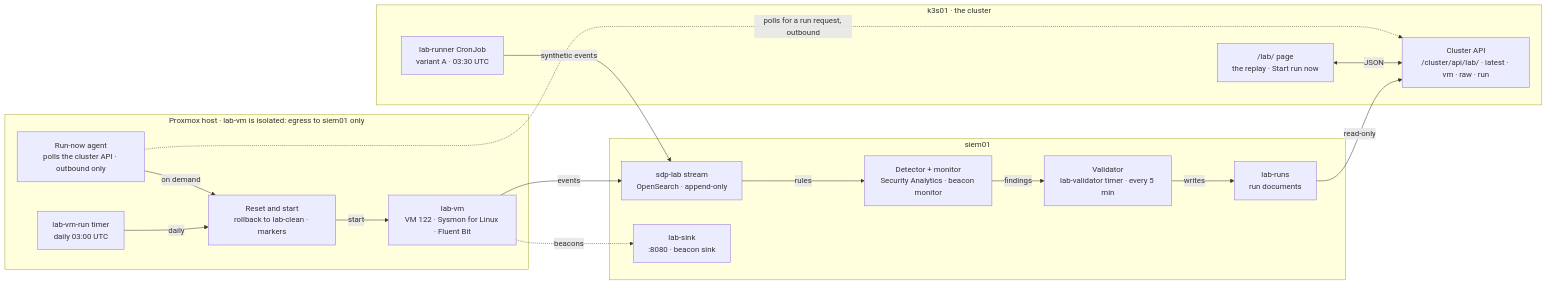
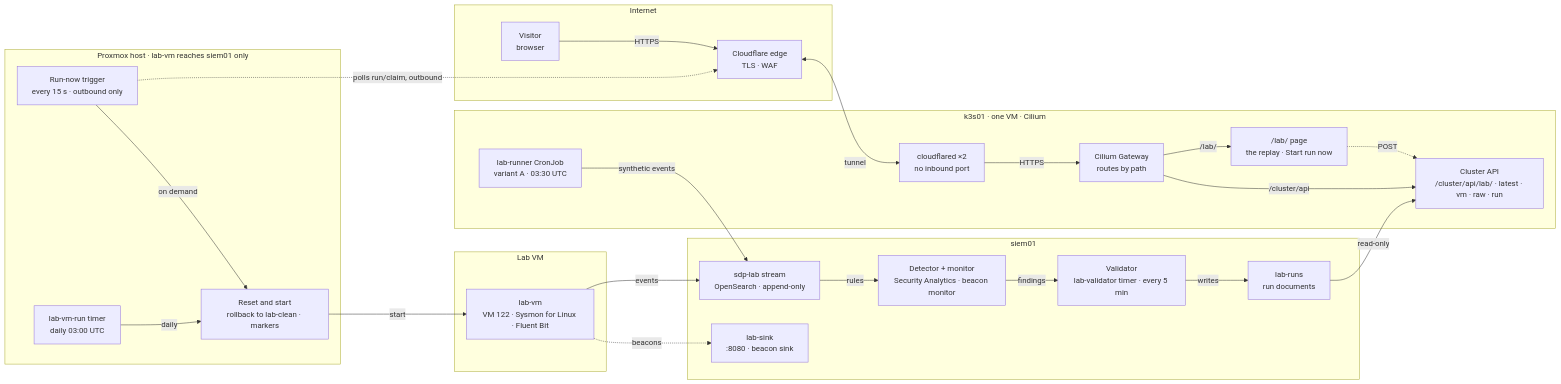
Before and after one commit to HubertMJ/detection-lab: the diagram in README.md, drawn with Mermaid. The commit also changed other lines of this file and 6 other files, not shown here.

````diff
--- a/README.md
+++ b/README.md
@@ -27,33 +27,46 @@
 ```mermaid
 flowchart LR
-    subgraph k3s["k3s01 · the cluster"]
-        runner["lab-runner CronJob<br/>variant A · 03:30 UTC"]
+    subgraph internet["Internet"]
+        visitor["Visitor<br/>browser"]
+        edge["Cloudflare edge<br/>TLS · WAF"]
+    end
+    subgraph k3s["k3s01 · one VM · Cilium"]
+        cloudflared["cloudflared ×2<br/>no inbound port"]
+        gateway["Cilium Gateway<br/>routes by path"]
         page["/lab/ page<br/>the replay · Start run now"]
         api["Cluster API<br/>/cluster/api/lab/ · latest · vm · raw · run"]
-    end
-    subgraph pve["Proxmox host · lab-vm is isolated: egress to siem01 only"]
-        timer["lab-vm-run timer<br/>daily 03:00 UTC"]
-        agent["Run-now agent<br/>polls the cluster API · outbound only"]
-        reset["Reset and start<br/>rollback to lab-clean · markers"]
-        vm["lab-vm<br/>VM 122 · Sysmon for Linux · Fluent Bit"]
+        runner["lab-runner CronJob<br/>variant A · 03:30 UTC"]
     end
     subgraph siem["siem01"]
         stream["sdp-lab stream<br/>OpenSearch · append-only"]
-        sink["lab-sink<br/>:8080 · beacon sink"]
         detector["Detector + monitor<br/>Security Analytics · beacon monitor"]
         validator["Validator<br/>lab-validator timer · every 5 min"]
         runs["lab-runs<br/>run documents"]
+        sink["lab-sink<br/>:8080 · beacon sink"]
     end
+    subgraph pve["Proxmox host · lab-vm reaches siem01 only"]
+        trigger["Run-now trigger<br/>every 15 s · outbound only"]
+        timer["lab-vm-run timer<br/>daily 03:00 UTC"]
+        reset["Reset and start<br/>rollback to lab-clean · markers"]
+    end
+    subgraph lab["Lab VM"]
+        vm["lab-vm<br/>VM 122 · Sysmon for Linux · Fluent Bit"]
+    end
+    visitor -- "HTTPS" --> edge
+    edge <-- "tunnel" --> cloudflared
+    cloudflared -- "HTTPS" --> gateway
+    gateway -- "/lab/" --> page
+    gateway -- "/cluster/api" --> api
+    page -. "POST" .-> api
+    trigger -. "polls run/claim, outbound" .-> edge
+    trigger -- "on demand" --> reset
     timer -- "daily" --> reset
-    agent -- "on demand" --> reset
     reset -- "start" --> vm
     vm -- "events" --> stream
     vm -. "beacons" .-> sink
     runner -- "synthetic events" --> stream
     stream -- "rules" --> detector
     detector -- "findings" --> validator
     validator -- "writes" --> runs
     runs -- "read-only" --> api
-    page <-- "JSON" --> api
-    agent -. "polls for a run request, outbound" .-> api
 ```
````
